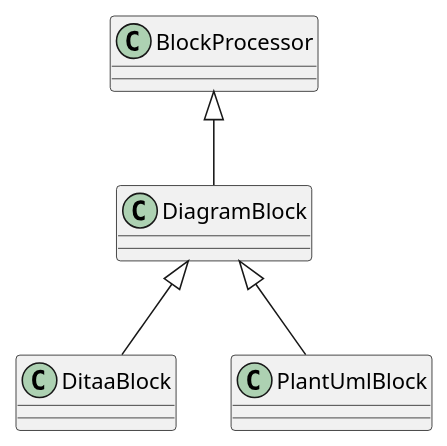
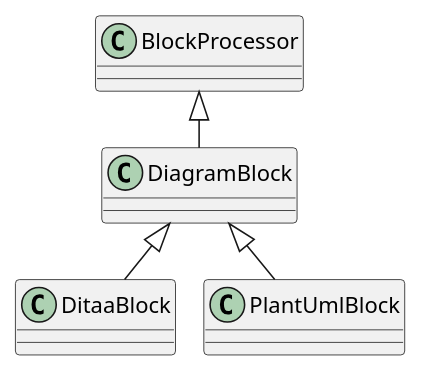
Before and after one commit to docToolchain/docToolchain: the third of 3 diagrams in src/test/testPdfDefaultTheme/testPdfDefaultThemeDocs/test2.adoc, drawn with PlantUML. The commit also changed 2 other files, not shown here.

Commit message:
update docs regarding pragma layout smetana

```diff
--- a/src/test/testPdfDefaultTheme/testPdfDefaultThemeDocs/test2.adoc
+++ b/src/test/testPdfDefaultTheme/testPdfDefaultThemeDocs/test2.adoc
@@ -15,12 +15,12 @@
 [plantuml, "{plantUMLDir}demoPlantUML", png]
 ----
-'!pragma graphviz_dot smetana
+!pragma layout smetana
 class BlockProcessor
 class DiagramBlock
 class DitaaBlock
 class PlantUmlBlock
 
 BlockProcessor <|-- DiagramBlock
 DiagramBlock <|-- DitaaBlock
 DiagramBlock <|-- PlantUmlBlock
 ----
```
